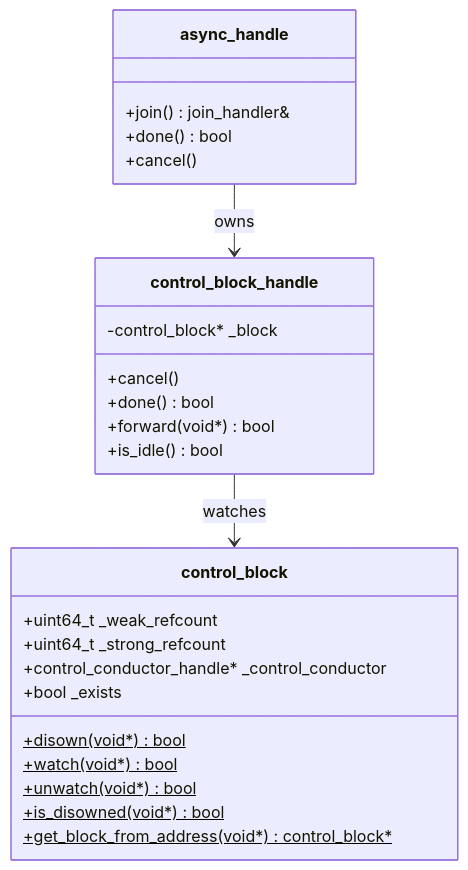
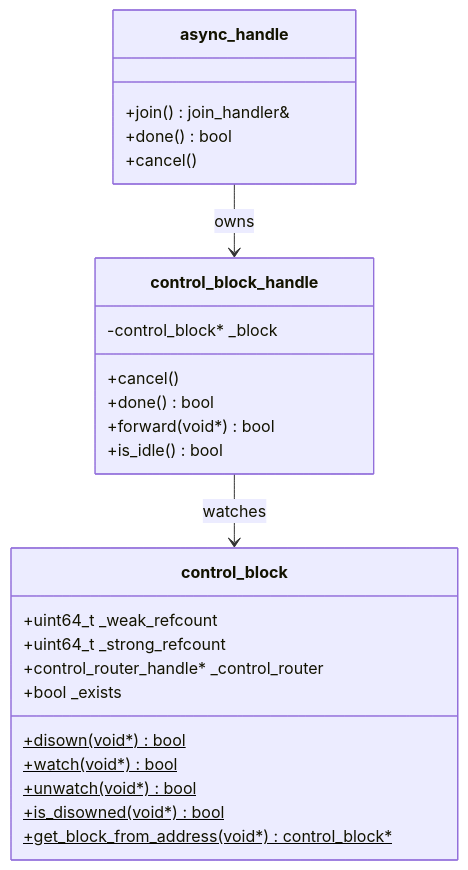
One commit to OnionSpirit/ace changed the eighth of 8 diagrams in README.md. Above: the diagram before and after it, drawn with Mermaid. The commit also changed other lines of this file and 15 other files, not shown here.

````diff
--- a/README.md
+++ b/README.md
@@ -458,31 +458,31 @@
 ```mermaid
 classDiagram
     class control_block {
         +uint64_t _weak_refcount
         +uint64_t _strong_refcount
-        +control_conductor_handle* _control_conductor
+        +control_router_handle* _control_router
         +bool _exists
         +disown(void*)$ bool
         +watch(void*)$ bool
         +unwatch(void*)$ bool
         +is_disowned(void*)$ bool
         +get_block_from_address(void*)$ control_block*
     }
 
     class control_block_handle {
         -control_block* _block
         +cancel()
         +done() bool
         +forward(void*) bool
         +is_idle() bool
     }
 
     class async_handle {
         +join() join_handler&
         +done() bool
         +cancel()
     }
 
     control_block_handle --> control_block : watches
     async_handle --> control_block_handle : owns
 ```
````
